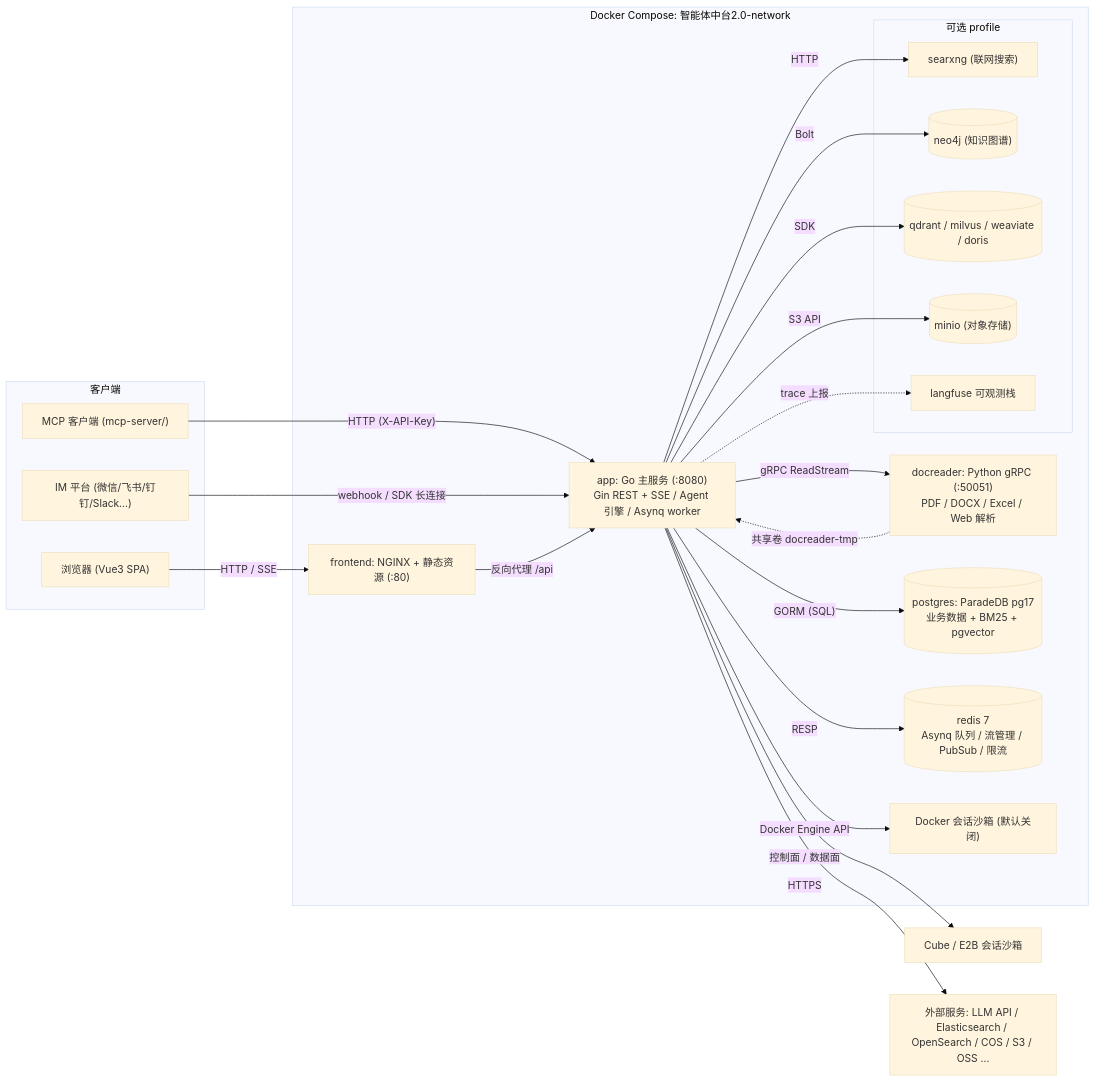
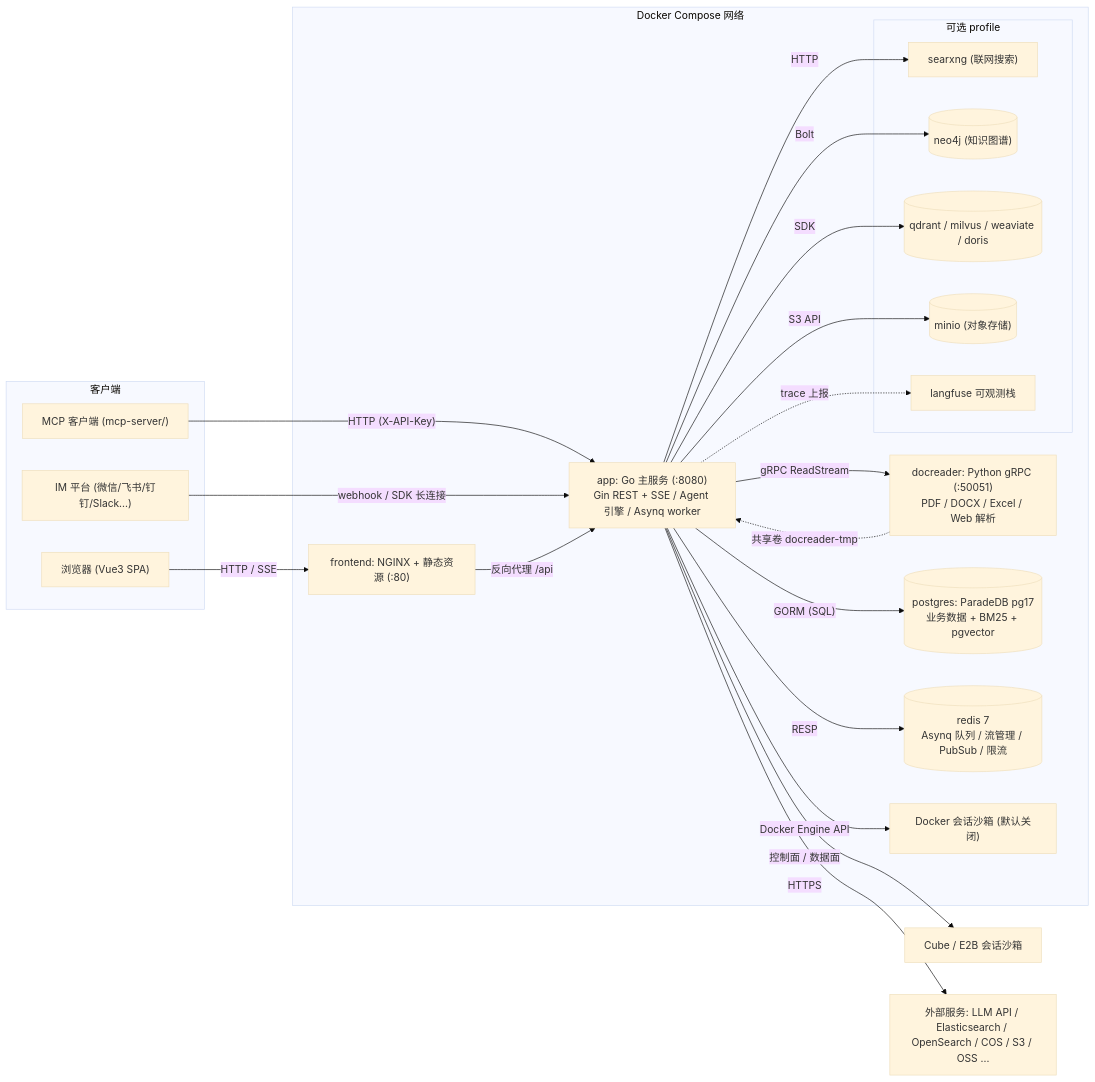
Before and after one commit to qinlei131479/WeKnora: the first of 2 diagrams in apps/docs/02-architecture/01-overview.md, drawn with Mermaid (base theme). The commit also changed other lines of this file and 58 other files, not shown here.

````diff
--- a/apps/docs/02-architecture/01-overview.md
+++ b/apps/docs/02-architecture/01-overview.md
@@ -85,44 +85,44 @@
 ```mermaid
 graph LR
     subgraph Clients["客户端"]
         Browser["浏览器 (Vue3 SPA)"]
         MCPC["MCP 客户端 (mcp-server/)"]
         IM["IM 平台 (微信/飞书/钉钉/Slack...)"]
     end
 
-    subgraph Compose["Docker Compose: 智能体中台2.0-network"]
+    subgraph Compose["Docker Compose 网络"]
         FE["frontend: NGINX + 静态资源 (:80)"]
         APP["app: Go 主服务 (:8080)<br/>Gin REST + SSE / Agent 引擎 / Asynq worker"]
         DR["docreader: Python gRPC (:50051)<br/>PDF / DOCX / Excel / Web 解析"]
         PG[("postgres: ParadeDB pg17<br/>业务数据 + BM25 + pgvector")]
         RD[("redis 7<br/>Asynq 队列 / 流管理 / PubSub / 限流")]
         SBX["Docker 会话沙箱 (默认关闭)"]
         subgraph Optional["可选 profile"]
             SX["searxng (联网搜索)"]
             NEO[("neo4j (知识图谱)")]
             VDB[("qdrant / milvus / weaviate / doris")]
             MINIO[("minio (对象存储)")]
             LF["langfuse 可观测栈"]
         end
     end
 
     REMOTE["Cube / E2B 会话沙箱"]
     EXT["外部服务: LLM API / Elasticsearch / OpenSearch / COS / S3 / OSS ..."]
 
     Browser -->|"HTTP / SSE"| FE
     MCPC -->|"HTTP (X-API-Key)"| APP
     IM -->|"webhook / SDK 长连接"| APP
     FE -->|"反向代理 /api"| APP
     APP -->|"gRPC ReadStream"| DR
     APP -->|"GORM (SQL)"| PG
     APP -->|"RESP"| RD
     APP -->|"Docker Engine API"| SBX
     APP -->|"控制面 / 数据面"| REMOTE
     APP -->|"HTTP"| SX
     APP -->|"Bolt"| NEO
     APP -->|"SDK"| VDB
     APP -->|"S3 API"| MINIO
     APP -->|"HTTPS"| EXT
     APP -.->|"trace 上报"| LF
     DR -.->|"共享卷 docreader-tmp"| APP
 ```
````
